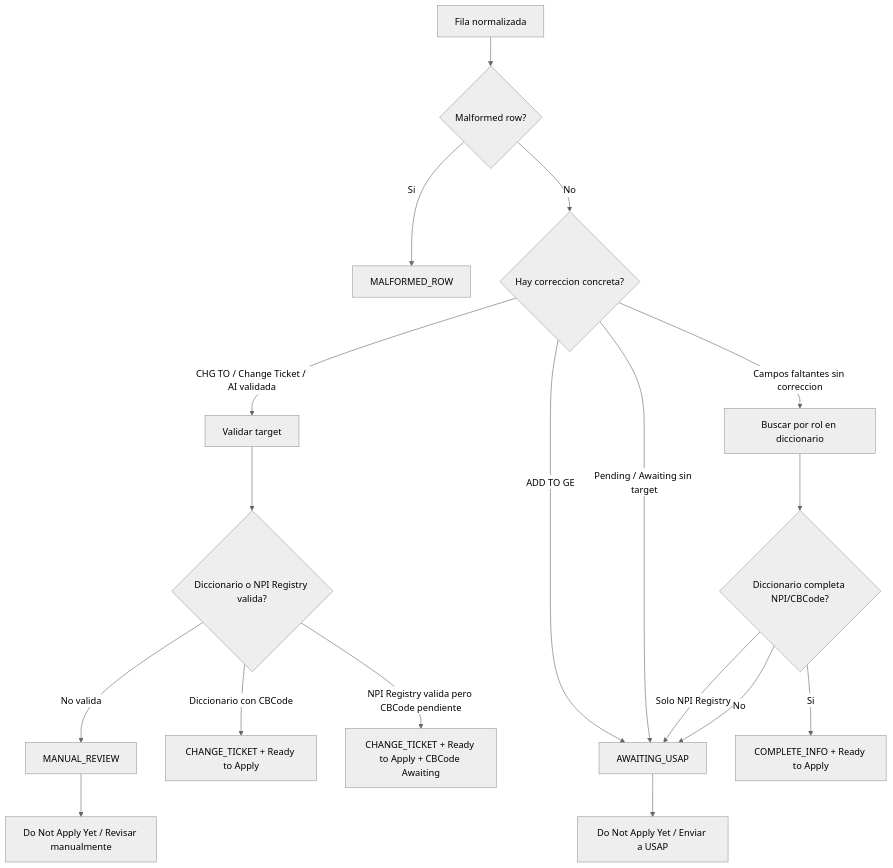
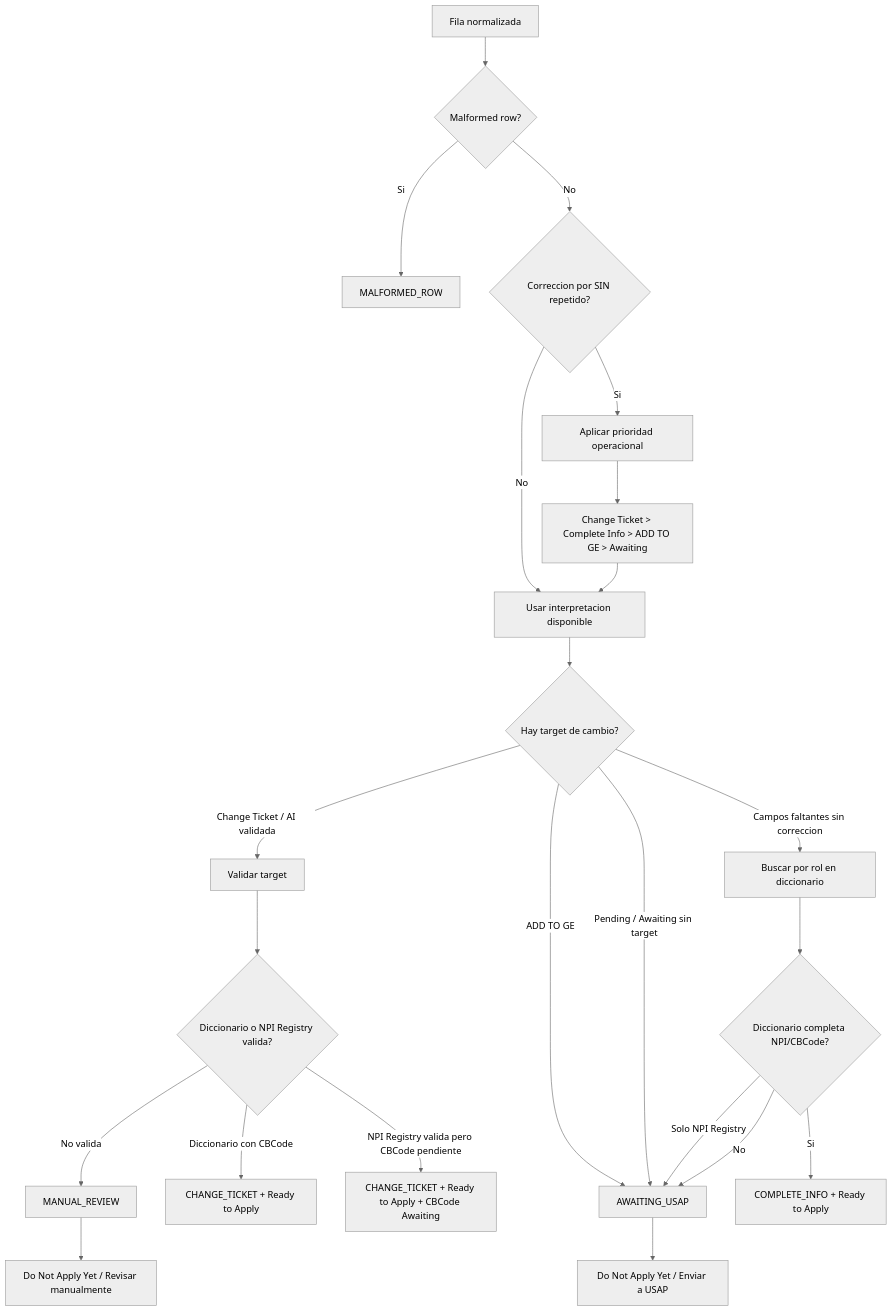
The fifth of 5 diagrams in README.md (MiguelAlvarez111/asistente-cb-failed), drawn with Mermaid (neutral theme) before and after one commit. The commit also changed other lines of this file, not shown here.

Commit message:
Update README workflow diagrams

````diff
--- a/README.md
+++ b/README.md
@@ -198,24 +219,30 @@
 ```mermaid
 flowchart TD
     A["Fila normalizada"] --> B{"Malformed row?"}
     B -->|Si| Z["MALFORMED_ROW"]
-    B -->|No| C{"Hay correccion concreta?"}
+    B -->|No| C{"Correccion por SIN repetido?"}
 
-    C -->|CHG TO / Change Ticket / AI validada| D["Validar target"]
-    C -->|ADD TO GE| E["AWAITING_USAP"]
-    C -->|Pending / Awaiting sin target| E
-    C -->|Campos faltantes sin correccion| F["Buscar por rol en diccionario"]
+    C -->|Si| C1["Aplicar prioridad operacional"]
+    C1 --> C2["Change Ticket > Complete Info > ADD TO GE > Awaiting"]
+    C -->|No| D["Usar interpretacion disponible"]
+    C2 --> D
 
-    D --> G{"Diccionario o NPI Registry valida?"}
-    G -->|Diccionario con CBCode| H["CHANGE_TICKET + Ready to Apply"]
-    G -->|NPI Registry valida pero CBCode pendiente| I["CHANGE_TICKET + Ready to Apply + CBCode Awaiting"]
-    G -->|No valida| J["MANUAL_REVIEW"]
+    D --> E{"Hay target de cambio?"}
+    E -->|Change Ticket / AI validada| F["Validar target"]
+    E -->|ADD TO GE| G["AWAITING_USAP"]
+    E -->|Pending / Awaiting sin target| G
+    E -->|Campos faltantes sin correccion| H["Buscar por rol en diccionario"]
 
-    F --> K{"Diccionario completa NPI/CBCode?"}
-    K -->|Si| L["COMPLETE_INFO + Ready to Apply"]
-    K -->|Solo NPI Registry| E
-    K -->|No| E
+    F --> I{"Diccionario o NPI Registry valida?"}
+    I -->|Diccionario con CBCode| J["CHANGE_TICKET + Ready to Apply"]
+    I -->|NPI Registry valida pero CBCode pendiente| K["CHANGE_TICKET + Ready to Apply + CBCode Awaiting"]
+    I -->|No valida| L["MANUAL_REVIEW"]
 
-    E --> M["Do Not Apply Yet / Enviar a USAP"]
-    J --> N["Do Not Apply Yet / Revisar manualmente"]
+    H --> M{"Diccionario completa NPI/CBCode?"}
+    M -->|Si| N["COMPLETE_INFO + Ready to Apply"]
+    M -->|Solo NPI Registry| G
+    M -->|No| G
+
+    G --> O["Do Not Apply Yet / Enviar a USAP"]
+    L --> P["Do Not Apply Yet / Revisar manualmente"]
 ```
````
